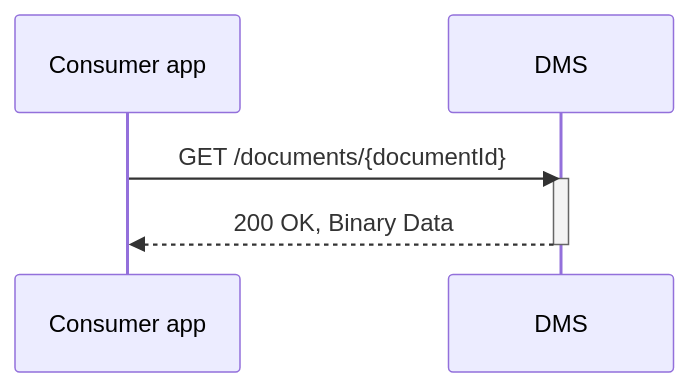
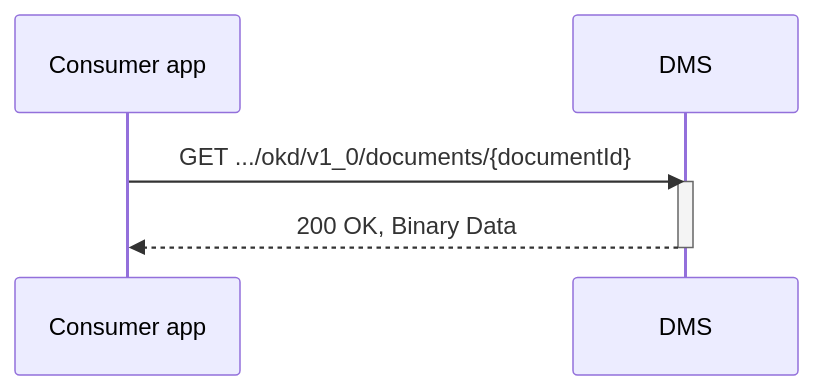
One commit to Onderwijs-Koppelingen-OKx/OKD-Document-Management changed the first of 2 diagrams in doc/flow-x.md. Above: the diagram before and after it, drawn with Mermaid. The commit also changed other lines of this file and 4 other files, not shown here.

````diff
--- a/doc/flow-x.md
+++ b/doc/flow-x.md
@@ -19,9 +19,9 @@
 ```mermaid
 sequenceDiagram
     participant Consumer app
     participant DMS
-    Consumer app->>DMS: GET /documents/{documentId}
+    Consumer app->>DMS: GET .../okd/v1_0/documents/{documentId}
     activate DMS
     DMS-->>Consumer app: 200 OK, Binary Data
     deactivate DMS
 ```
````
